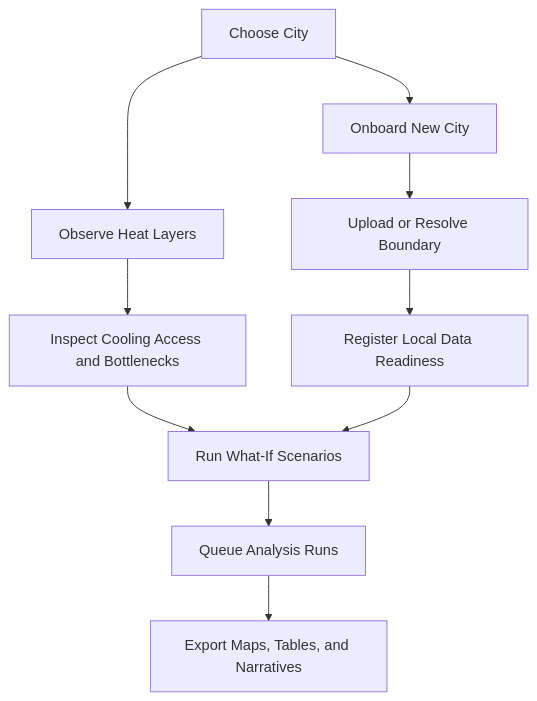
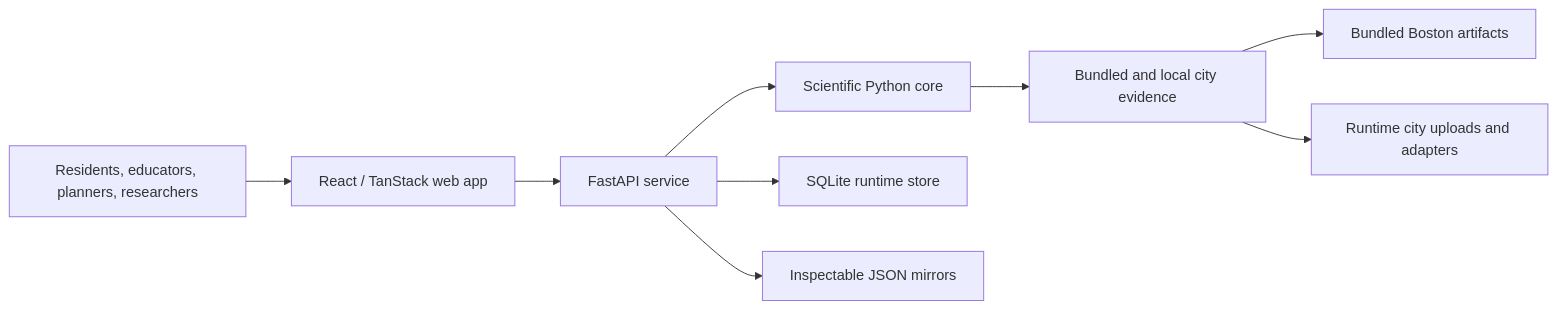
One commit to aartisr/kwin-city-portal changed the second of 2 diagrams in README.md. Above: the diagram before and after it, drawn with Mermaid. The commit also changed other lines of this file and 39 other files, not shown here.

````diff
--- a/README.md
+++ b/README.md
@@ -147,13 +94,11 @@
 ```mermaid
-flowchart TD
-    S[Choose City] --> O[Observe Heat Layers]
-    O --> X[Inspect Cooling Access and Bottlenecks]
-    X --> Q[Run What-If Scenarios]
-    Q --> R[Queue Analysis Runs]
-    R --> E[Export Maps, Tables, and Narratives]
-
-    S --> N[Onboard New City]
-    N --> B[Upload or Resolve Boundary]
-    B --> L[Register Local Data Readiness]
-    L --> Q
+flowchart LR
+    U[Residents, educators, planners, researchers] --> W[React / TanStack web app]
+    W --> A[FastAPI service]
+    A --> C[Scientific Python core]
+    C --> D[Bundled and local city evidence]
+    A --> S[SQLite runtime store]
+    A --> J[Inspectable JSON mirrors]
+    D --> B[Bundled Boston artifacts]
+    D --> R[Runtime city uploads and adapters]
 ```
````
